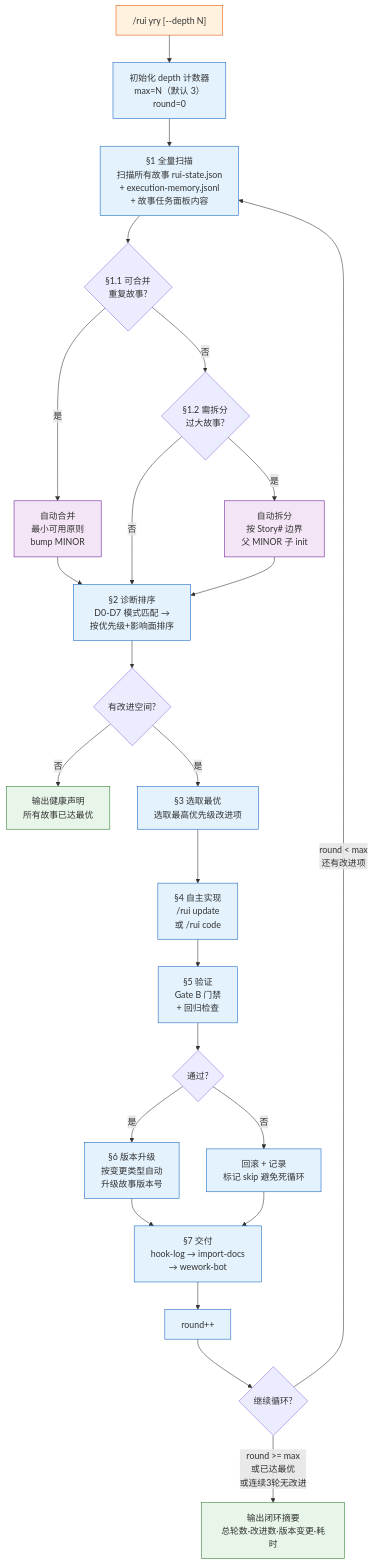
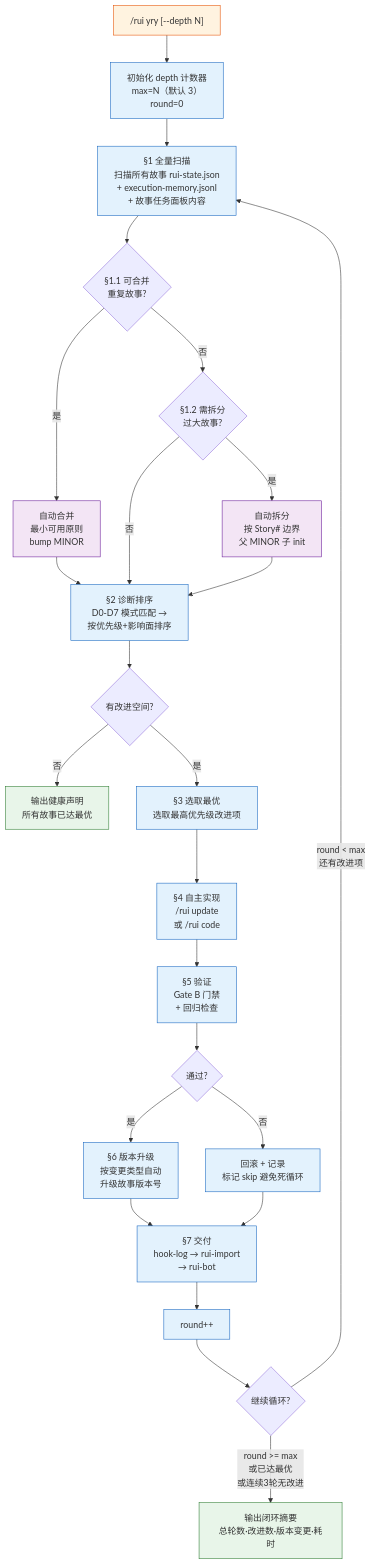
One commit to effiy/YrY changed the ninth of 16 diagrams in skills/rui/SKILL.md. Above: the diagram before and after it, drawn with Mermaid. The commit also changed other lines of this file and 41 other files, not shown here.

````diff
--- a/skills/rui/SKILL.md
+++ b/skills/rui/SKILL.md
@@ -497,31 +497,31 @@
 ```mermaid
 flowchart TD
     START["/rui yry [--depth N]"]:::entry --> INIT["初始化 depth 计数器<br/>max=N（默认 3）<br/>round=0"]:::s
     INIT --> SCAN["§1 全量扫描<br/>扫描所有故事 rui-state.json<br/>+ execution-memory.jsonl<br/>+ 故事任务面板内容"]:::s
     SCAN --> MERGE_CHECK{"§1.1 可合并<br/>重复故事?"}
     MERGE_CHECK -->|"是"| AUTO_MERGE["自动合并<br/>最小可用原则<br/>bump MINOR"]:::op
     MERGE_CHECK -->|"否"| SPLIT_CHECK{"§1.2 需拆分<br/>过大故事?"}
     SPLIT_CHECK -->|"是"| AUTO_SPLIT["自动拆分<br/>按 Story# 边界<br/>父 MINOR 子 init"]:::op
     AUTO_MERGE --> DIAG
     SPLIT_CHECK -->|"否"| DIAG["§2 诊断排序<br/>D0-D7 模式匹配 →<br/>按优先级+影响面排序"]:::s
     AUTO_SPLIT --> DIAG
     DIAG --> CHECK{"有改进空间?"}
     CHECK -->|"否"| DONE["输出健康声明<br/>所有故事已达最优"]:::out
     CHECK -->|"是"| PICK["§3 选取最优<br/>选取最高优先级改进项"]:::s
     PICK --> IMPL["§4 自主实现<br/>/rui update <name><br/>或 /rui code <name>"]:::s
     IMPL --> VERIFY["§5 验证<br/>Gate B 门禁<br/>+ 回归检查"]:::s
     VERIFY --> VER{"通过?"}
     VER -->|"是"| BUMP["§6 版本升级<br/>按变更类型自动<br/>升级故事版本号"]:::s
     VER -->|"否"| ROLLBACK["回滚 + 记录<br/>标记 skip 避免死循环"]:::s
-    BUMP --> DELIVER["§7 交付<br/>hook-log → import-docs<br/>→ wework-bot"]:::s
+    BUMP --> DELIVER["§7 交付<br/>hook-log → rui-import<br/>→ rui-bot"]:::s
     ROLLBACK --> DELIVER
     DELIVER --> INC["round++"]:::s
     INC --> LOOP{"继续循环?"}
     LOOP -->|"round < max<br/>还有改进项"| SCAN
     LOOP -->|"round >= max<br/>或已达最优<br/>或连续3轮无改进"| END["输出闭环摘要<br/>总轮数·改进数·版本变更·耗时"]:::out
 
     classDef entry fill:#fff3e0,stroke:#e65100;
     classDef s fill:#e3f2fd,stroke:#1565c0;
     classDef out fill:#e8f5e9,stroke:#2e7d32;
     classDef op fill:#f3e5f5,stroke:#6a1b9a;
 ```
````
